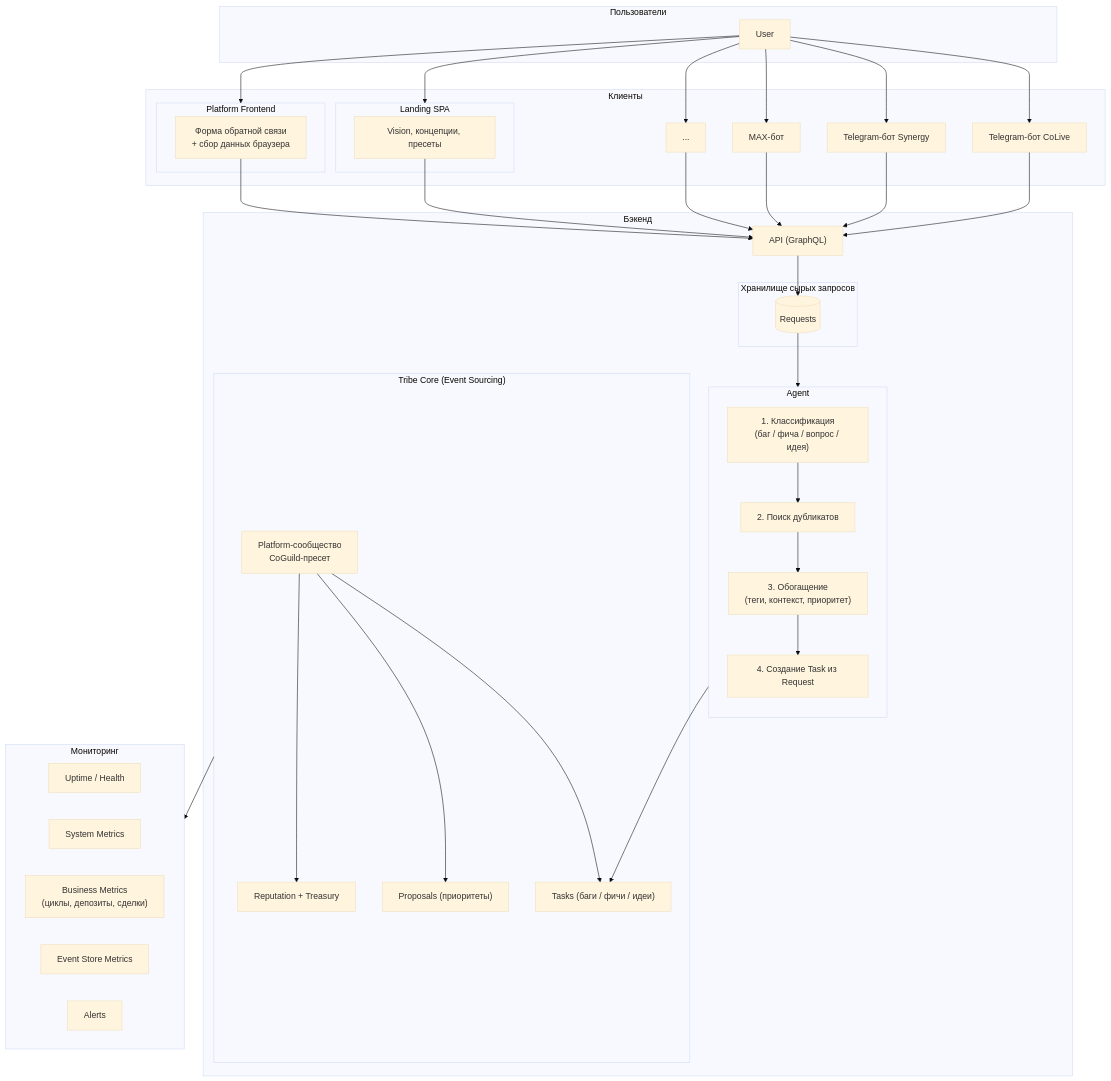
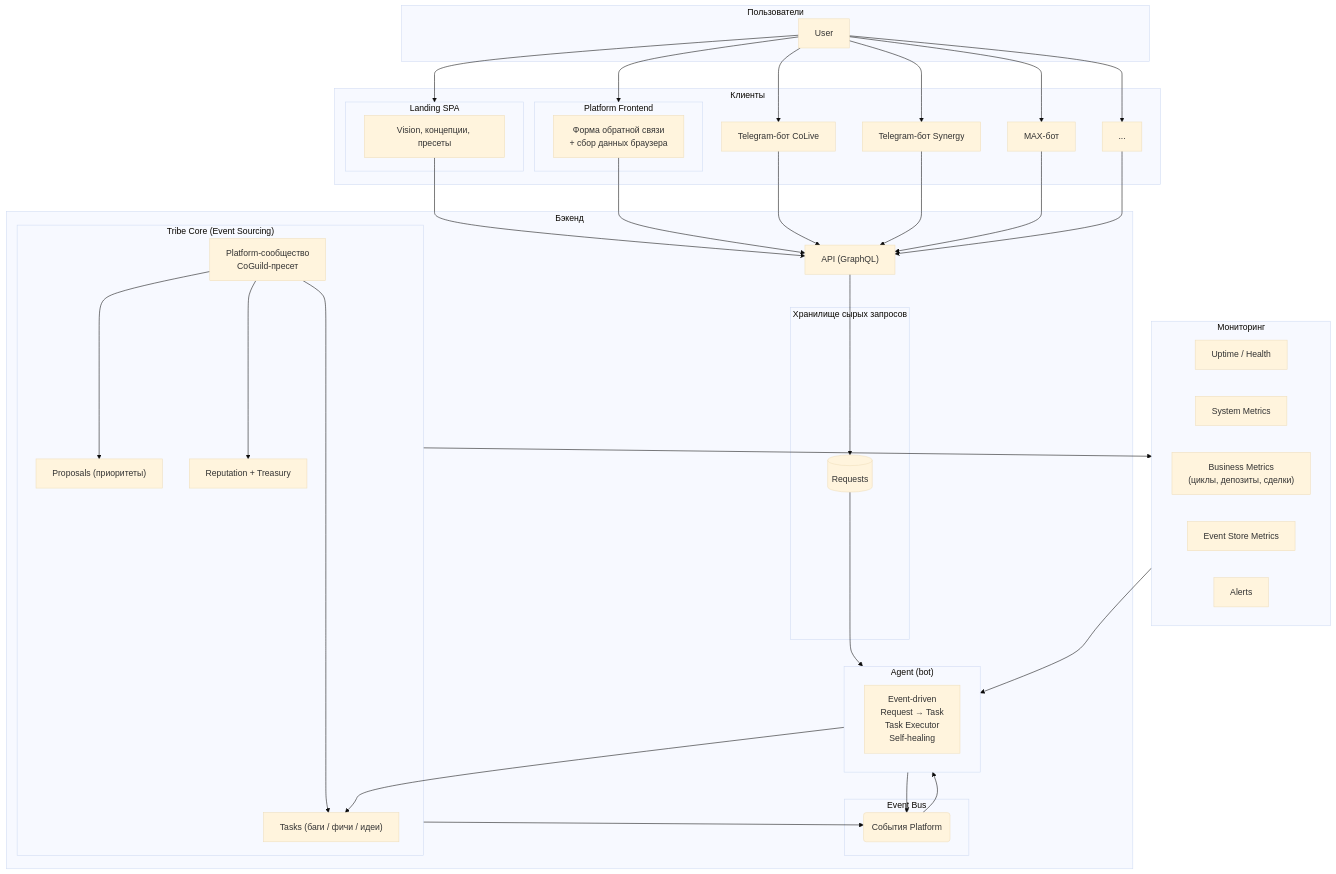
The diagram in docs/architecture/platform-ecosystem.md (civilization-luch/tribe-docs), drawn with Mermaid (base theme) before and after one commit. The commit also changed other lines of this file, not shown here.

First line of the commit message:
Unify Agent into single event-driven service (bot role)

````diff
--- a/docs/architecture/platform-ecosystem.md
+++ b/docs/architecture/platform-ecosystem.md
@@ -9,71 +9,74 @@
 ```mermaid
 graph TB
     subgraph Users["Пользователи"]
         U["User"]
     end
 
     subgraph Clients["Клиенты"]
         subgraph Landing["Landing SPA"]
             LANDING["Vision, концепции, пресеты"]
         end
         subgraph PlatformUI["Platform Frontend"]
             PFORM["Форма обратной связи<br/>+ сбор данных браузера"]
         end
         B1["Telegram-бот CoLive"]
         B2["Telegram-бот Synergy"]
         B3["MAX-бот"]
         B4["..."]
     end
 
     subgraph Backend["Бэкенд"]
         API["API (GraphQL)"]
 
         subgraph Requests["Хранилище сырых запросов"]
             REQ[("Requests")]
         end
 
-        subgraph Agent["Agent"]
-            direction TB
-            CL["1. Классификация<br/>(баг / фича / вопрос / идея)"]
-            DD["2. Поиск дубликатов"]
-            EN["3. Обогащение<br/>(теги, контекст, приоритет)"]
-            TK["4. Создание Task из Request"]
-            CL --> DD --> EN --> TK
+        subgraph Agent["Agent (bot)"]
+            AG["Event-driven<br/>Request → Task<br/>Task Executor<br/>Self-healing"]
+        end
+
+        subgraph Events["Event Bus"]
+            EB("События Platform")
         end
 
         subgraph Core["Tribe Core (Event Sourcing)"]
             PL["Platform-сообщество<br/>CoGuild-пресет"]
             TS["Tasks (баги / фичи / идеи)"]
             VL["Proposals (приоритеты)"]
             BW["Reputation + Treasury"]
             PL --> TS
             PL --> VL
             PL --> BW
         end
     end
 
     subgraph Monitor["Мониторинг"]
         M1["Uptime / Health"]
         M2["System Metrics"]
         M3["Business Metrics<br/>(циклы, депозиты, сделки)"]
         M4["Event Store Metrics"]
         M5["Alerts"]
     end
 
     U --> Landing
     U --> PlatformUI
     U --> B1
     U --> B2
     U --> B3
     U --> B4
     LANDING --> API
     PFORM --> API
     B1 --> API
     B2 --> API
     B3 --> API
     B4 --> API
     API --> REQ
     REQ --> Agent
+    Agent --> EB
+    EB --> Agent
     Agent --> TS
+    Core --> EB
     Core --> Monitor
+    Monitor --> Agent
 ```
````
